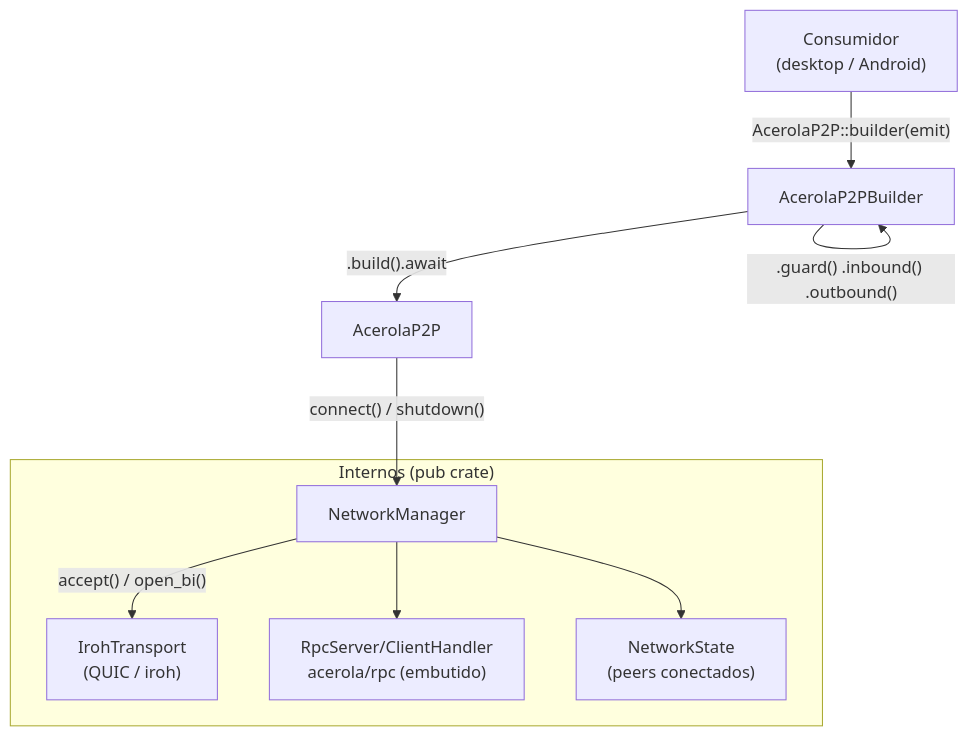
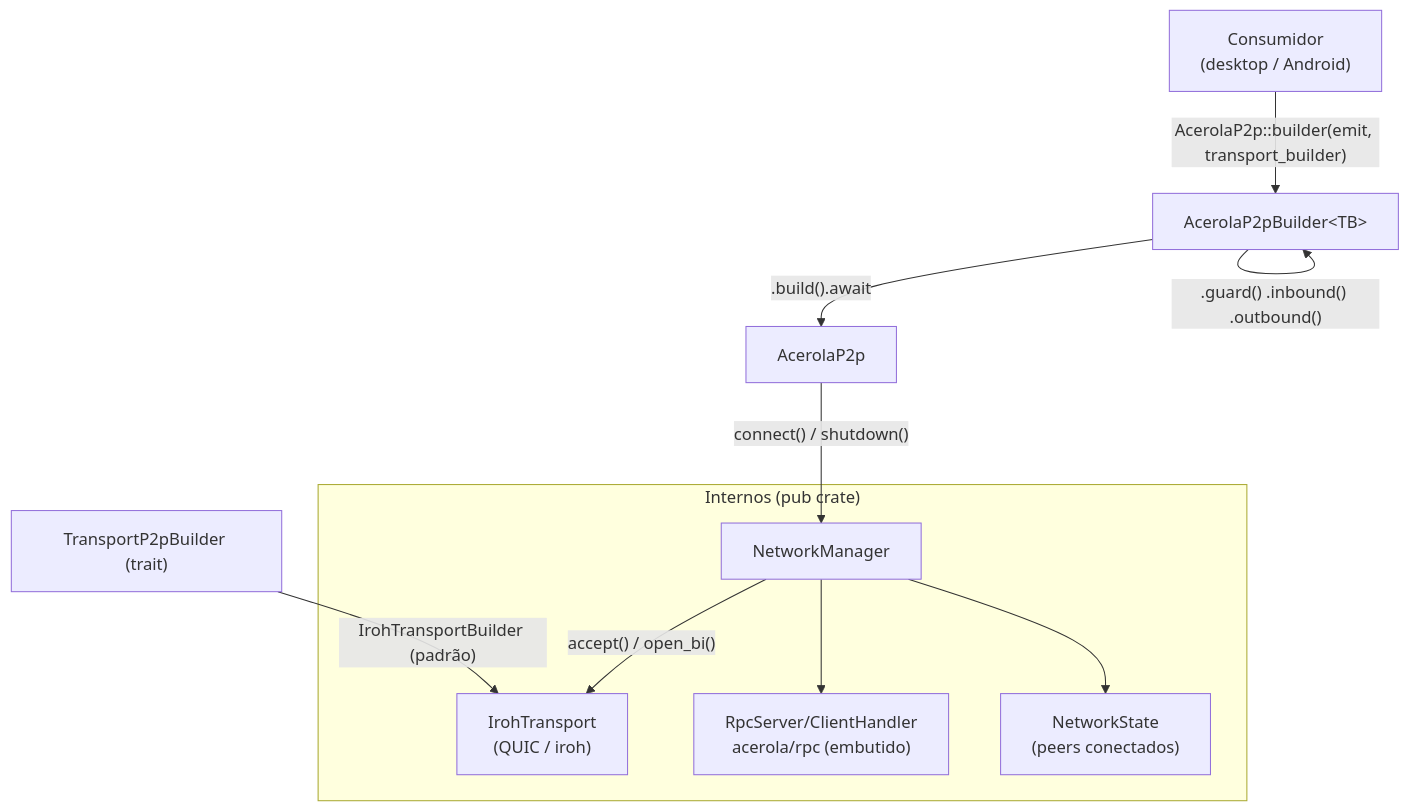
One commit to Vinicius-Gabriel-P-Leitao/acerola-reader changed the first of 2 diagrams in p2p/README.md. Above: the diagram before and after it, drawn with Mermaid. The commit also changed other lines of this file and 1 other file, not shown here.

````diff
--- a/p2p/README.md
+++ b/p2p/README.md
@@ -9,23 +9,25 @@
 ```mermaid
 flowchart TD
     Consumer["Consumidor\n(desktop / Android)"]
-    Builder["AcerolaP2PBuilder"]
-    Node["AcerolaP2P"]
+    Builder["AcerolaP2pBuilder&lt;TB&gt;"]
+    Node["AcerolaP2p"]
     Manager["NetworkManager"]
+    TB["TransportP2pBuilder (trait)"]
     Transport["IrohTransport\n(QUIC / iroh)"]
 
-    Consumer -->|"AcerolaP2P::builder(emit)"| Builder
+    Consumer -->|"AcerolaP2p::builder(emit, transport_builder)"| Builder
     Builder -->|".guard() .inbound() .outbound()"| Builder
     Builder -->|".build().await"| Node
     Node -->|"connect() / shutdown()"| Manager
     Manager -->|"accept() / open_bi()"| Transport
+    TB -->|"IrohTransportBuilder (padrão)"| Transport
 
     subgraph internals["Internos (pub crate)"]
         Manager
         Transport
         RPC["RpcServer/ClientHandler\nacerola/rpc (embutido)"]
         State["NetworkState\n(peers conectados)"]
         Manager --> RPC
         Manager --> State
     end
 ```
````
